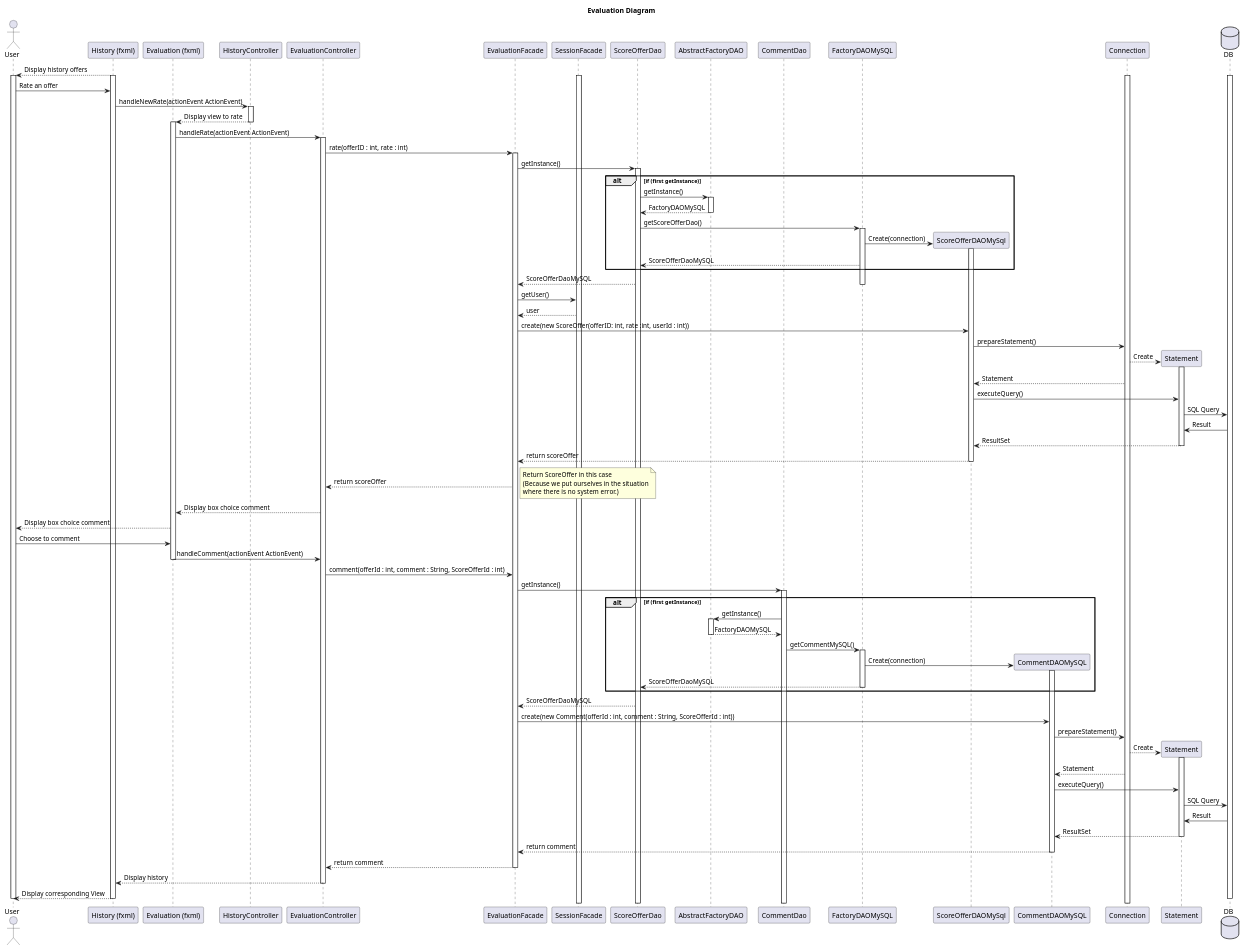
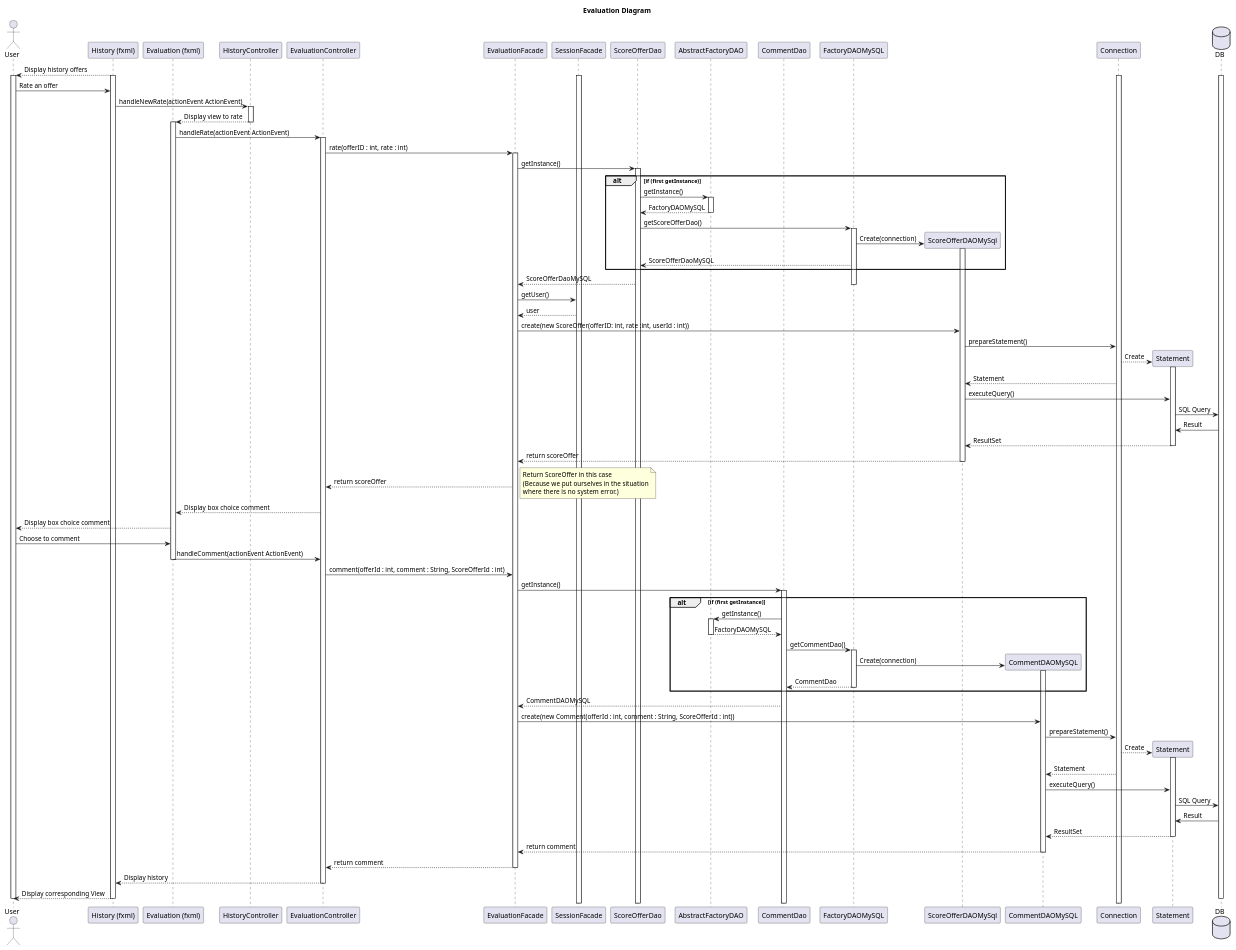
Before and after one commit to LaunoisRemy/ToolShare: the diagram in documents/diagram/evaluation/evaluationSequence.puml, drawn with PlantUML. The commit also changed 3 other files, not shown here.

Commit message:
UML : reduce coupling Login

```diff
--- a/documents/diagram/evaluation/evaluationSequence.puml
+++ b/documents/diagram/evaluation/evaluationSequence.puml
@@ -1,168 +1,168 @@
 @startuml
 title Evaluation Diagram
 
 actor User
 participant "History (fxml)"
 participant "Evaluation (fxml)" as evView
 participant HistoryController
 participant EvaluationController
 participant EvaluationFacade
 participant SessionFacade
 participant ScoreOfferDao
 participant AbstractFactoryDAO
 participant CommentDao
 participant FactoryDAOMySQL
 participant ScoreOfferDAOMySql
 participant CommentDAOMySQL
 participant Connection
 participant Statement
 database DB
 
 
 "History (fxml)"-->User: Display history offers
 
 activate "History (fxml)"
 activate User
 activate DB
 activate SessionFacade
 activate Connection
 
 User->"History (fxml)": Rate an offer
 
 "History (fxml)"->HistoryController: handleNewRate(actionEvent ActionEvent)
 
 activate HistoryController
 HistoryController --> evView :  Display view to rate
 deactivate HistoryController
 activate evView
 evView -> EvaluationController : handleRate(actionEvent ActionEvent)
 
 activate EvaluationController
 EvaluationController->EvaluationFacade: rate(offerID : int, rate : int)
 
 
 
 activate EvaluationFacade
 EvaluationFacade->ScoreOfferDao : getInstance()
 alt if (first getInstance)
     activate ScoreOfferDao
     ScoreOfferDao -> AbstractFactoryDAO : getInstance()
     activate AbstractFactoryDAO
     AbstractFactoryDAO --> ScoreOfferDao : FactoryDAOMySQL
     deactivate AbstractFactoryDAO
 
     ScoreOfferDao -> FactoryDAOMySQL : getScoreOfferDao()
     activate FactoryDAOMySQL
     FactoryDAOMySQL -> ScoreOfferDAOMySql **:Create(connection)
     activate ScoreOfferDAOMySql
     FactoryDAOMySQL --> ScoreOfferDao : ScoreOfferDaoMySQL
 end
 
 ScoreOfferDao --> EvaluationFacade : ScoreOfferDaoMySQL
 
 
 
 deactivate FactoryDAOMySQL
 EvaluationFacade -> SessionFacade : getUser()
 SessionFacade --> EvaluationFacade : user
 EvaluationFacade->ScoreOfferDAOMySql: create(new ScoreOffer(offerID: int, rate :int, userId : int))
 
 ScoreOfferDAOMySql->Connection: prepareStatement()
 
 
 Connection-->Statement **: Create
 
 activate Statement
 
 Connection-->ScoreOfferDAOMySql: Statement
 
 
 
 ScoreOfferDAOMySql->Statement:executeQuery()
 
 Statement->DB: SQL Query
 
 DB->Statement:Result
 
 Statement-->ScoreOfferDAOMySql: ResultSet
 
 deactivate Statement
 
 ScoreOfferDAOMySql-->EvaluationFacade: return scoreOffer
 deactivate ScoreOfferDAOMySql
 
 
 EvaluationFacade --> EvaluationController : return scoreOffer
 note right
     Return ScoreOffer in this case
     (Because we put ourselves in the situation
     where there is no system error.)
 end note
 
 
 
 EvaluationController --> evView : Display box choice comment
 evView --> User : Display box choice comment
 User -> evView : Choose to comment
 evView -> EvaluationController : handleComment(actionEvent ActionEvent)
 deactivate evView
 EvaluationController -> EvaluationFacade : comment(offerId : int, comment : String, ScoreOfferId : int)
 
 EvaluationFacade->CommentDao : getInstance()
 alt if (first getInstance)
     activate CommentDao
     CommentDao -> AbstractFactoryDAO : getInstance()
     activate AbstractFactoryDAO
     AbstractFactoryDAO --> CommentDao : FactoryDAOMySQL
     deactivate AbstractFactoryDAO
 
-    CommentDao -> FactoryDAOMySQL : getCommentMySQL()
+    CommentDao -> FactoryDAOMySQL : getCommentDao()
     activate FactoryDAOMySQL
     FactoryDAOMySQL -> CommentDAOMySQL **:Create(connection)
     activate CommentDAOMySQL
-    FactoryDAOMySQL --> ScoreOfferDao : ScoreOfferDaoMySQL
+    FactoryDAOMySQL --> CommentDao : CommentDao
 
     deactivate FactoryDAOMySQL
 end
 
-ScoreOfferDao --> EvaluationFacade : ScoreOfferDaoMySQL
+CommentDao --> EvaluationFacade : CommentDAOMySQL
 
 
 
 EvaluationFacade -> CommentDAOMySQL : create(new Comment(offerId : int, comment : String, ScoreOfferId : int))
 
 CommentDAOMySQL->Connection: prepareStatement()
 
 Connection-->Statement **: Create
 
 activate Statement
 
 Connection-->CommentDAOMySQL: Statement
 
 
 CommentDAOMySQL->Statement:executeQuery()
 
 Statement->DB: SQL Query
 
 DB->Statement:Result
 
 Statement-->CommentDAOMySQL: ResultSet
 
 deactivate Statement
 CommentDAOMySQL --> EvaluationFacade : return comment
 deactivate CommentDAOMySQL
 EvaluationFacade --> EvaluationController : return comment
 deactivate EvaluationFacade
 EvaluationController --> "History (fxml)" : Display history
 deactivate EvaluationController
 deactivate EvaluationFacade
 
 deactivate HistoryController
 
 "History (fxml)" --> User: Display corresponding View
 
 deactivate "History (fxml)"
 deactivate DB
 deactivate User
 
 @enduml
```
